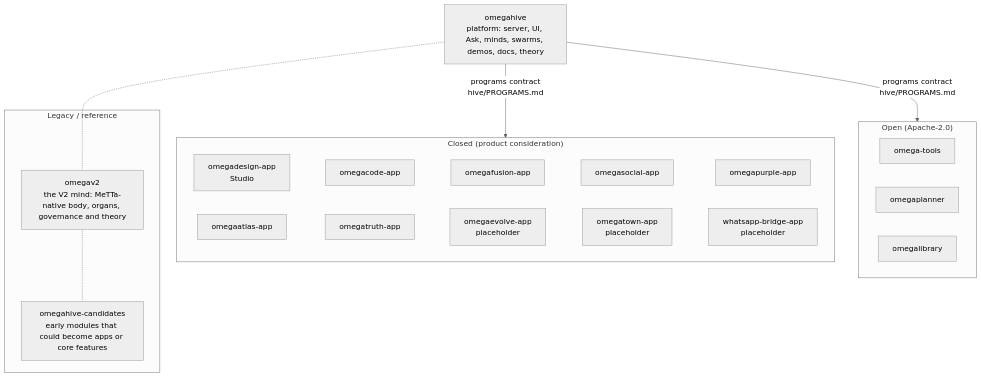
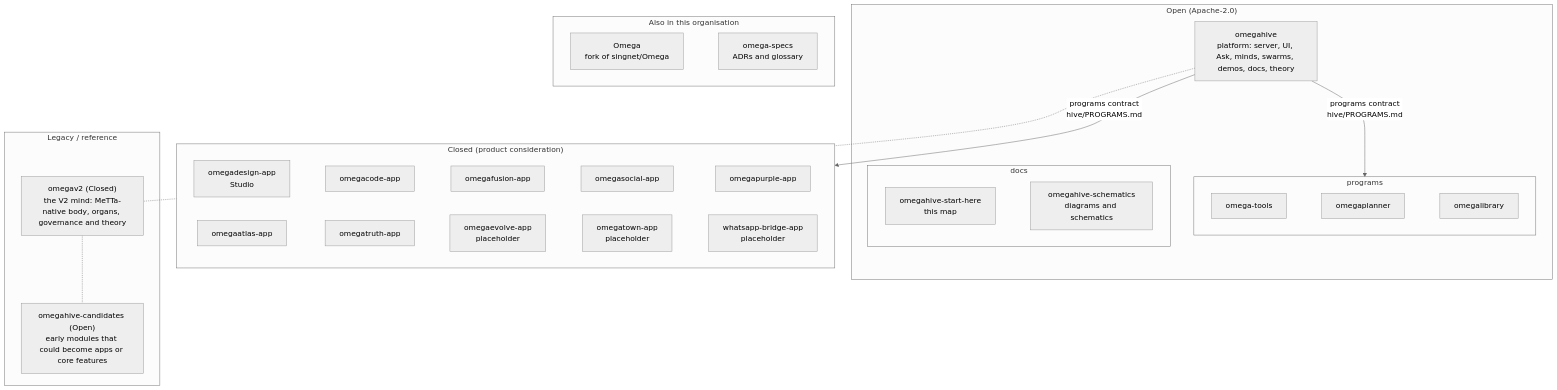
Before and after one commit to omega-flagship/omegahive-start-here: the diagram in README.md, drawn with Mermaid (neutral theme). The commit also changed other lines of this file, not shown here.

Commit message:
README: QA review fixes: Visibility column in the Closed table; every map repo in the diagram under its tier

````diff
--- a/README.md
+++ b/README.md
@@ -27,26 +27,32 @@
 ```mermaid
 flowchart TB
-  hive["omegahive<br/>platform: server, UI, Ask, minds, swarms, demos, docs, theory"]
-
   subgraph open["Open (Apache-2.0)"]
-    tools["omega-tools"]
-    planner["omegaplanner"]
-    library["omegalibrary"]
+    hive["omegahive<br/>platform: server, UI, Ask, minds, swarms, demos, docs, theory"]
+    subgraph openprog["programs"]
+      tools["omega-tools"] ~~~ planner["omegaplanner"] ~~~ library["omegalibrary"]
+    end
+    subgraph opendocs["docs"]
+      starthere["omegahive-start-here<br/>this map"] ~~~ schematics["omegahive-schematics<br/>diagrams and schematics"]
+    end
   end
 
   subgraph closed["Closed (product consideration)"]
     design["omegadesign-app<br/>Studio"] ~~~ code["omegacode-app"] ~~~ fusion["omegafusion-app"] ~~~ social["omegasocial-app"] ~~~ purple["omegapurple-app"]
     atlas["omegaatlas-app"] ~~~ truth["omegatruth-app"] ~~~ evolve["omegaevolve-app<br/>placeholder"] ~~~ town["omegatown-app<br/>placeholder"] ~~~ wa["whatsapp-bridge-app<br/>placeholder"]
   end
 
-  hive -- "programs contract<br/>hive/PROGRAMS.md" --> open
+  hive -- "programs contract<br/>hive/PROGRAMS.md" --> openprog
   hive -- "programs contract<br/>hive/PROGRAMS.md" --> closed
 
   subgraph legacy["Legacy / reference"]
-    v2["omegav2<br/>the V2 mind: MeTTa-native body, organs, governance and theory"]
-    cand["omegahive-candidates<br/>early modules that could become apps or core features"]
+    v2["omegav2 (Closed)<br/>the V2 mind: MeTTa-native body, organs, governance and theory"]
+    cand["omegahive-candidates (Open)<br/>early modules that could become apps or core features"]
   end
 
   hive -.- v2
   v2 -.- cand
+
+  subgraph also["Also in this organisation"]
+    omega["Omega<br/>fork of singnet/Omega"] ~~~ specs["omega-specs<br/>ADRs and glossary"]
+  end
 ```
````
